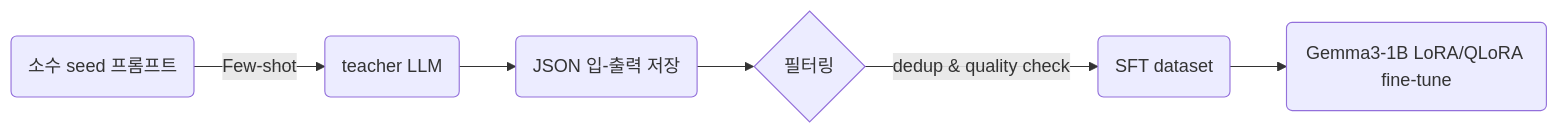
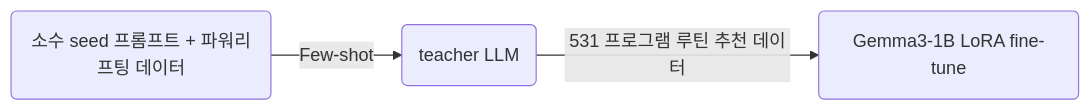
Before and after one commit to daehyun99/BurnFit-AI-developer-assignment: the second of 2 diagrams in docs/model_training.md, drawn with Mermaid. The commit also changed other lines of this file and 1 other file, not shown here.

````diff
--- a/docs/model_training.md
+++ b/docs/model_training.md
@@ -10,8 +53,5 @@
 ```mermaid
 graph LR
-  A(소수 seed 프롬프트) -->|Few-shot| B(teacher LLM)
-  B --> C(JSON 입-출력 저장)
-  C --> D{필터링}
-  D -->|dedup & quality check| E(SFT dataset)
-  E --> F(Gemma3-1B LoRA/QLoRA fine-tune)
+  A(소수 seed 프롬프트 + 파워리프팅 데이터) --> |Few-shot| B(teacher LLM)
+  B --> |531 프로그램 루틴 추천 데이터| C(Gemma3-1B LoRA fine-tune)
 ```
````
